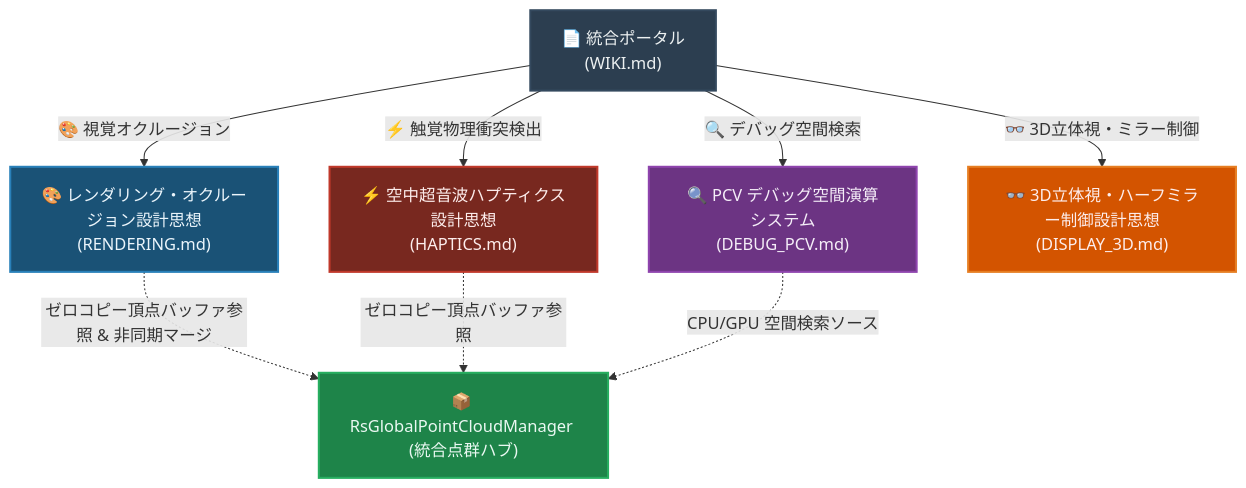
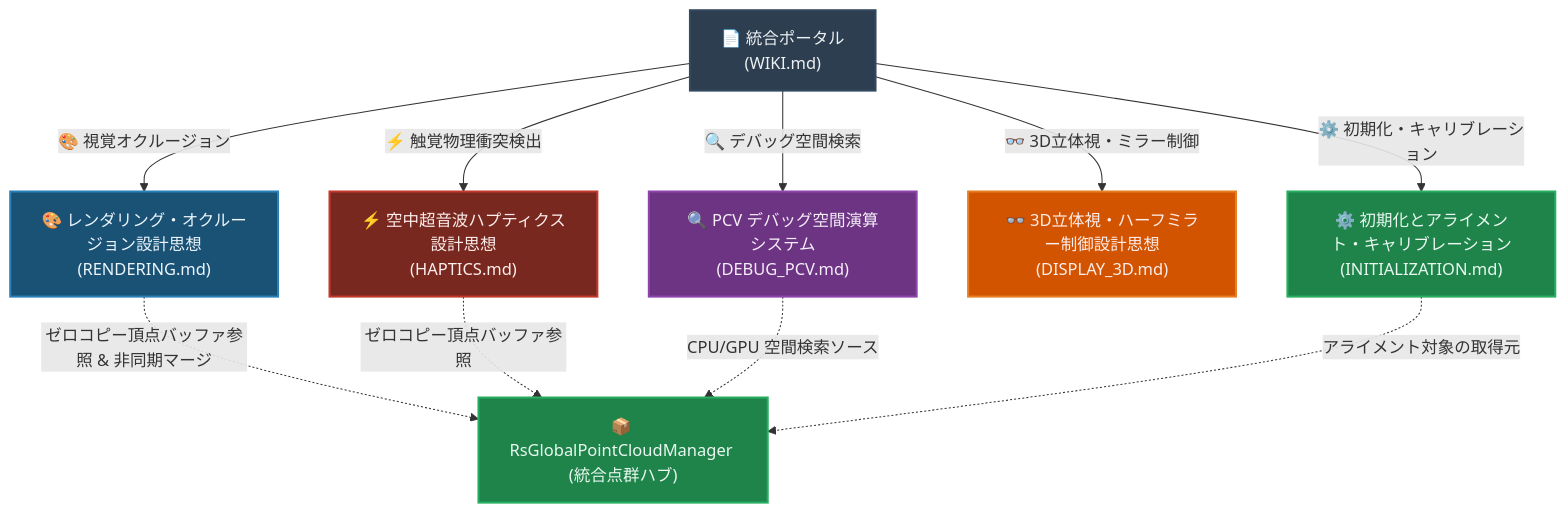
Before and after one commit to kotetsuOU/HandTrakingDemo: the diagram in WIKI.md, drawn with Mermaid. The commit also changed other lines of this file and 29 other files, not shown here.

````diff
--- a/WIKI.md
+++ b/WIKI.md
@@ -13,25 +13,27 @@
 ```mermaid
 graph TD
     %% スタイル定義
     classDef main fill:#2C3E50,stroke:#34495E,stroke-width:2px,color:#ECF0F1;
     classDef render fill:#1A5276,stroke:#2980B9,stroke-width:2px,color:#EBF5FB;
     classDef haptic fill:#78281F,stroke:#C0392B,stroke-width:2px,color:#FDEDEC;
     classDef debug fill:#6C3483,stroke:#8E44AD,stroke-width:2px,color:#F5EEF8;
     classDef common fill:#1E8449,stroke:#27AE60,stroke-width:2px,color:#EAF8F2;
     classDef display fill:#D35400,stroke:#E67E22,stroke-width:2px,color:#FDEDEC;
 
     %% ノード定義
     WIKI["📄 統合ポータル<br/>(WIKI.md)"]:::main
     
     %% サブシステム分離
     WIKI -->|"🎨 視覚オクルージョン"| RenderNode["🎨 レンダリング・オクルージョン設計思想<br/>(RENDERING.md)"]:::render
     WIKI -->|"⚡ 触覚物理衝突検出"| HapticsNode["⚡ 空中超音波ハプティクス設計思想<br/>(HAPTICS.md)"]:::haptic
     WIKI -->|"🔍 デバッグ空間検索"| DebugNode["🔍 PCV デバッグ空間演算システム<br/>(DEBUG_PCV.md)"]:::debug
     WIKI -->|"👓 3D立体視・ミラー制御"| DisplayNode["👓 3D立体視・ハーフミラー制御設計思想<br/>(DISPLAY_3D.md)"]:::display
+    WIKI -->|"⚙️ 初期化・キャリブレーション"| InitNode["⚙️ 初期化とアライメント・キャリブレーション<br/>(INITIALIZATION.md)"]:::common
 
     %% 共通データハブ
     GlobalManager["📦 RsGlobalPointCloudManager (統合点群ハブ)"]:::common
     RenderNode -.->|ゼロコピー頂点バッファ参照 & 非同期マージ| GlobalManager
     HapticsNode -.->|ゼロコピー頂点バッファ参照| GlobalManager
     DebugNode -.->|CPU/GPU 空間検索ソース| GlobalManager
+    InitNode -.->|アライメント対象の取得元| GlobalManager
 ```
````
